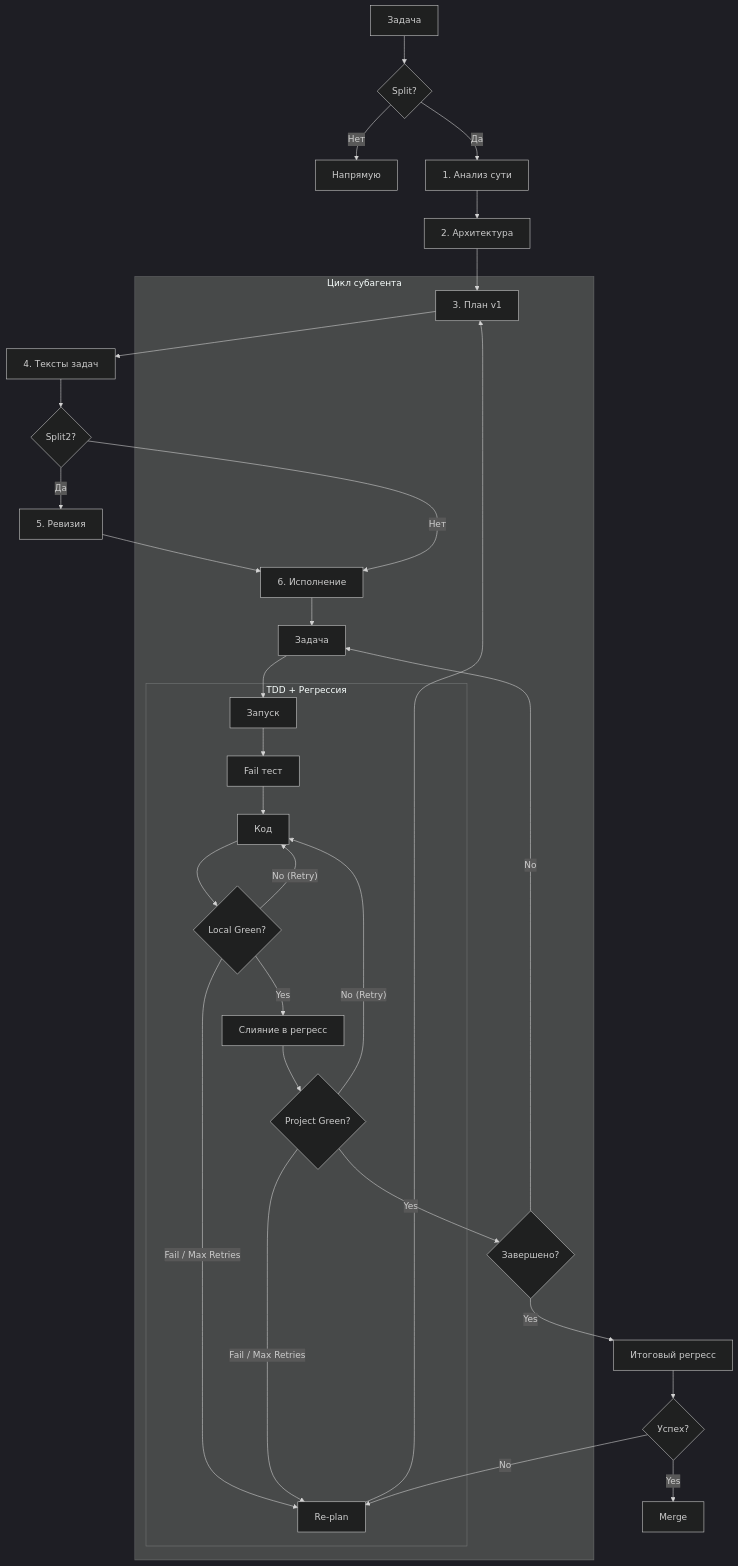
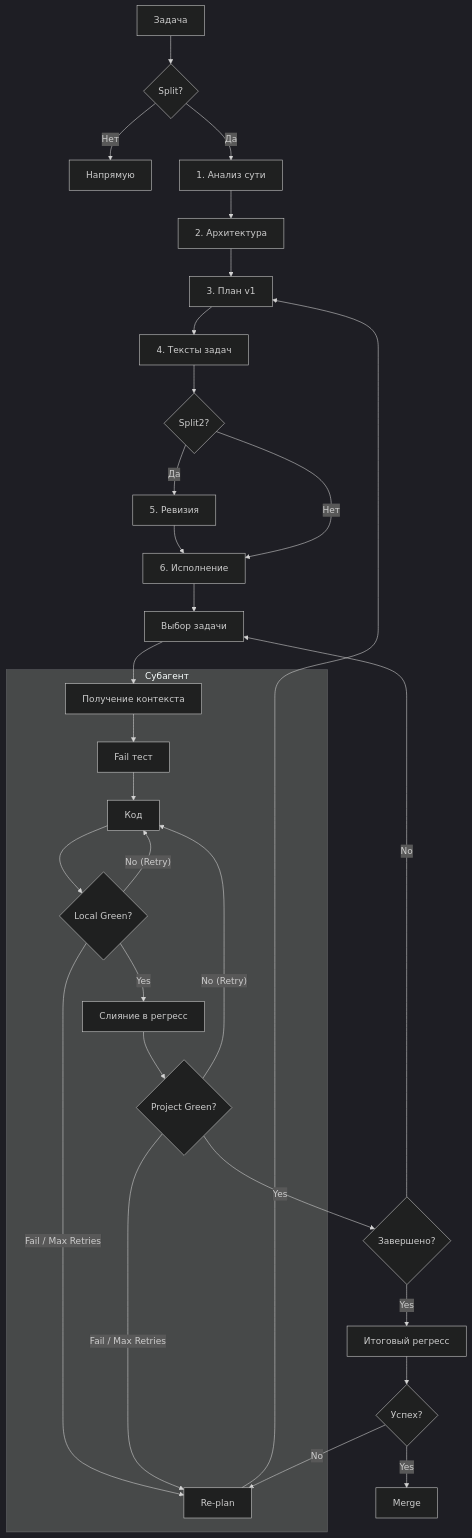
The diagram in README.md (SpIvanM/split-first-tdd-agent-orchestration-framework), drawn with Mermaid (dark theme) before and after one commit. The commit also changed 1 other file, not shown here.

Commit message:
docs: update sub-agent cycle workflow diagram in README files

````diff
--- a/README.md
+++ b/README.md
@@ -102,39 +102,37 @@
 ```mermaid
 graph TD
     A["Задача"] --> B{"Split?"}
     B -- "Нет" --> C["Напрямую"]
     B -- "Да" --> D["1. Анализ сути"]
     D --> E["2. Архитектура"]
     E --> F["3. План v1"]
     F --> G["4. Тексты задач"]
     G --> H{"Split2?"}
     H -- "Да" --> I["5. Ревизия"]
     I --> J["6. Исполнение"]
     H -- "Нет" --> J
-    
-    subgraph "Цикл субагента"
-        J --> K["Задача"]
-        K --> L["Запуск"]
-        
-        subgraph "TDD + Регрессия"
-            L --> M["Fail тест"]
-            M --> N["Код"]
-            N --> O{"Local Green?"}
-            O -- "No (Retry)" --> N
-            O -- "Fail / Max Retries" --> T["Re-plan"]
-            O -- "Yes" --> P["Слияние в регресс"]
-            P --> Q{"Project Green?"}
-            Q -- "No (Retry)" --> N
-            Q -- "Fail / Max Retries" --> T
-        end
-        
-        Q -- "Yes" --> R{"Завершено?"}
-        R -- "No" --> K
-        T --> F
+  
+    J --> K["Выбор задачи"]
+    K --> L["Получение контекста"]
+  
+    subgraph "Субагент"
+        L --> M["Fail тест"]
+        M --> N["Код"]
+        N --> O{"Local Green?"}
+        O -- "No (Retry)" --> N
+        O -- "Fail / Max Retries" --> T["Re-plan"]
+        O -- "Yes" --> P["Слияние в регресс"]
+        P --> Q{"Project Green?"}
+        Q -- "No (Retry)" --> N
+        Q -- "Fail / Max Retries" --> T
     end
-    
+  
+    Q -- "Yes" --> R{"Завершено?"}
+    R -- "No" --> K
+    T --> F
+  
     R -- "Yes" --> U["Итоговый регресс"]
     U --> W{"Успех?"}
     W -- "No" --> T
     W -- "Yes" --> V["Merge"]
 ```
````
